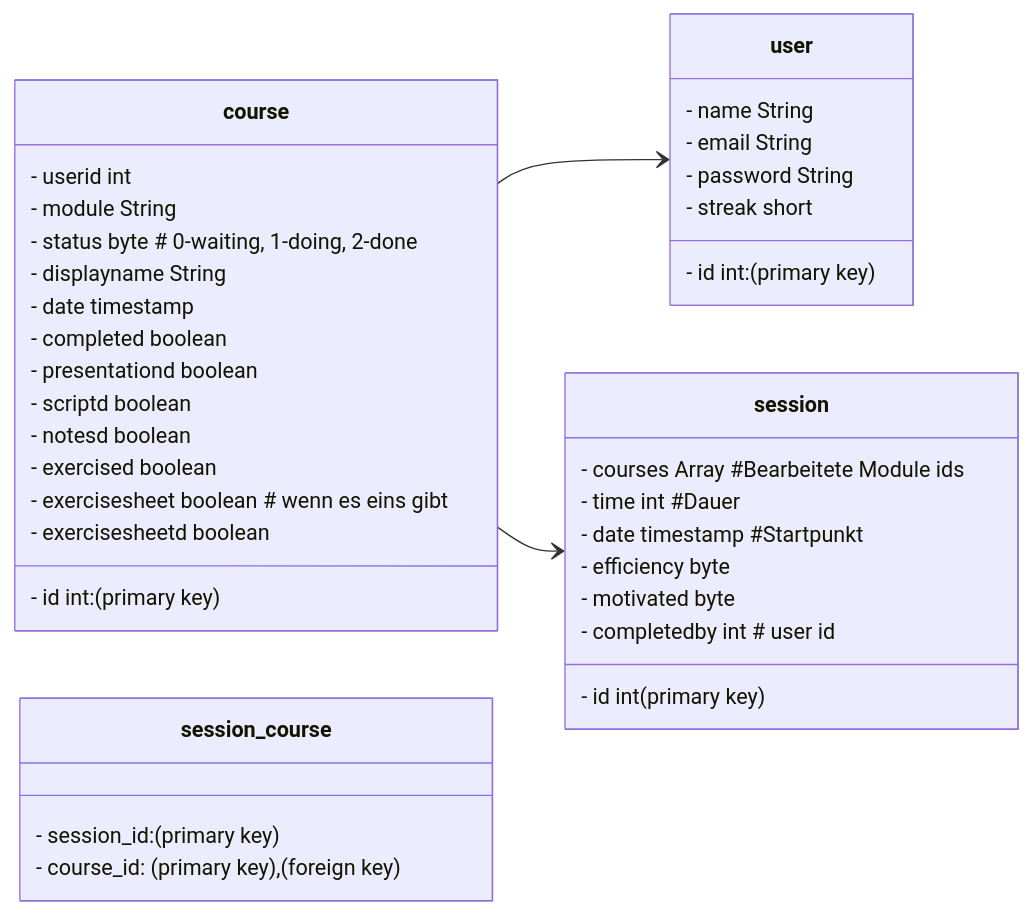
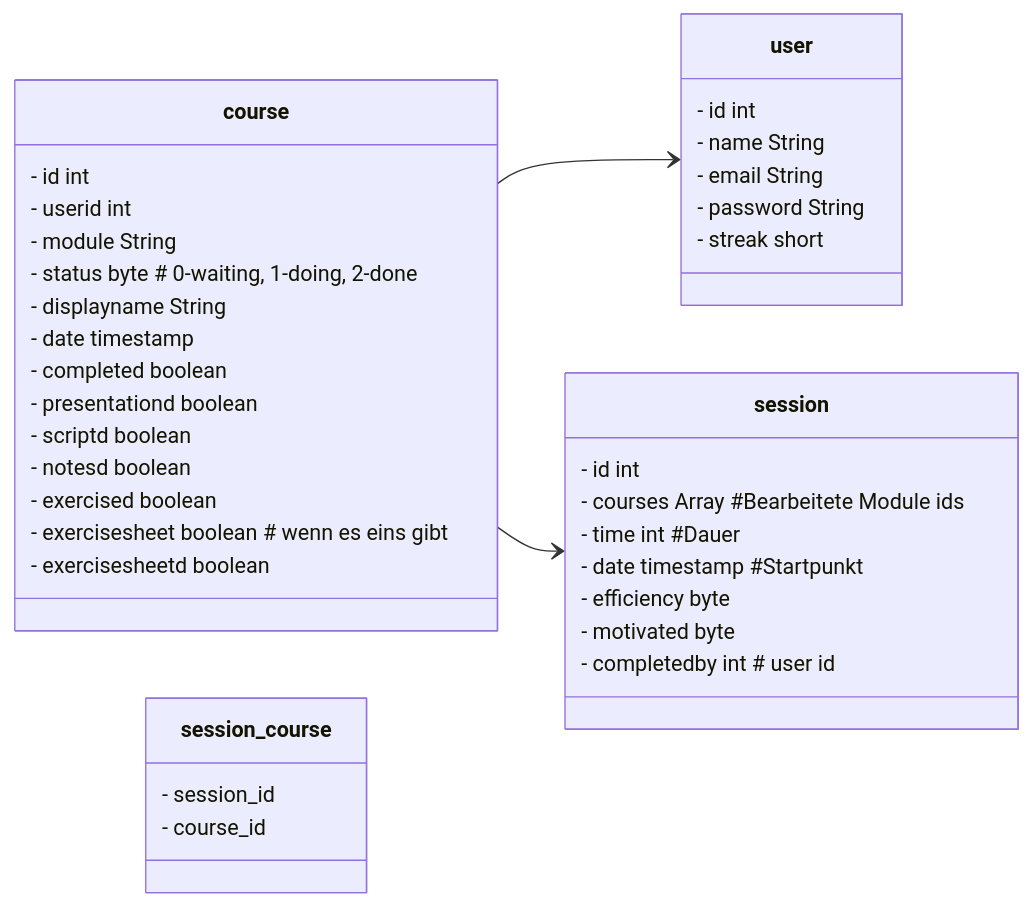
Before and after one commit to nyrocarion/LQMS: the second of 4 diagrams in README.md, drawn with Mermaid.

````diff
--- a/README.md
+++ b/README.md
@@ -73,45 +73,45 @@
 ```mermaid
 classDiagram
 direction LR
     class course {
-	    - id int: (primary key)
+	    - id int
 	    - userid int
 	    - module String
 	    - status byte # 0-waiting, 1-doing, 2-done
 	    - displayname String
 	    - date timestamp
 	    - completed boolean
         - presentationd boolean
         - scriptd boolean
         - notesd boolean
         - exercised boolean
         - exercisesheet boolean # wenn es eins gibt
         - exercisesheetd boolean
     }
 
     class user {
-	    - id int: (primary key)
+	    - id int
 	    - name String
 	    - email String
 	    - password String
 	    - streak short
     }
 
     class session {
-	    - id int (primary key)
+	    - id int
 	    - courses Array #Bearbeitete Module ids
 	    - time int #Dauer
 	    - date timestamp #Startpunkt
 	    - efficiency byte
 	    - motivated byte
 	    - completedby int # user id
     }
 
     class session_course {
-	    - session_id: (primary key)
-	    - course_id: (primary key), (foreign key)
+	    - session_id
+	    - course_id
     }
 
     course --> user
     course --> session
 ```
````
